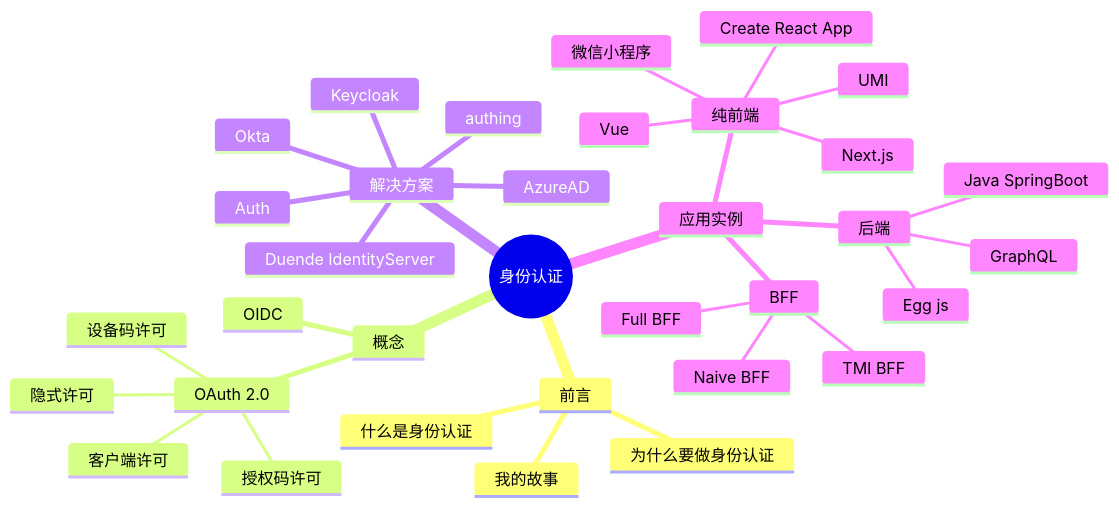
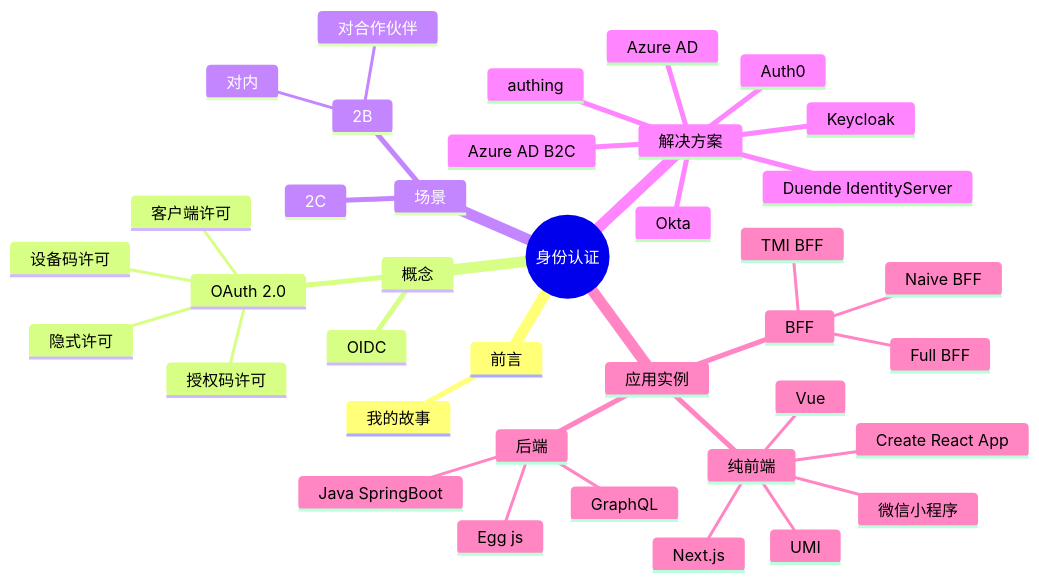
Before and after one commit to Jeff-Tian/AllAboutIdentity: the first of 2 diagrams in docs/idea.md, drawn with Mermaid. The commit also changed 1 other file, not shown here.

Commit message:
feat(UNI-112): pollish preface

````diff
--- a/docs/idea.md
+++ b/docs/idea.md
@@ -5,37 +5,41 @@
 ```mermaid
 mindmap
   root((身份认证))
     前言
       我的故事
-      什么是身份认证
-      为什么要做身份认证  
     概念
       OAuth 2.0
         授权码许可
         客户端许可
         隐式许可
         设备码许可
       OIDC
+    场景
+      2B
+        对内
+        对合作伙伴
+      2C
     解决方案
       authing
       Keycloak
       Duende IdentityServer
       Okta
-      Auth
-      AzureAD
+      Auth0
+      Azure AD
+      Azure AD B2C
     应用实例
       纯前端
         UMI
         Next.js
         Create React App
         Vue
         微信小程序
       BFF
         Naive BFF
         TMI BFF
         Full BFF
       后端
         Java SpringBoot
         Egg js
         GraphQL
 ```
````
